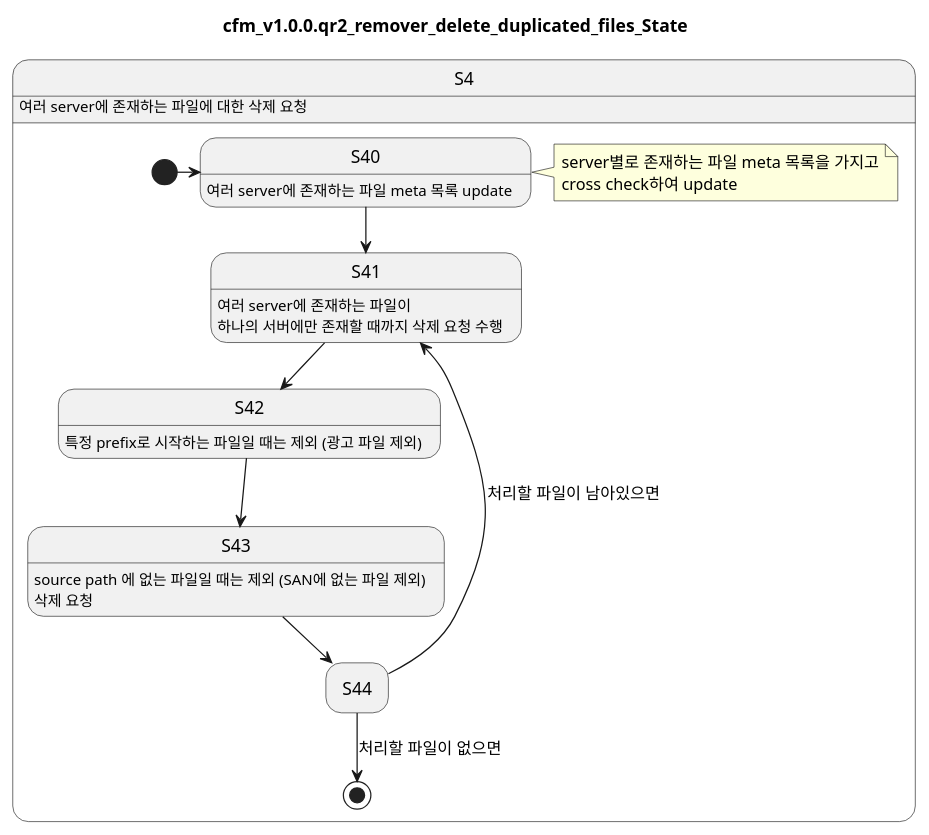
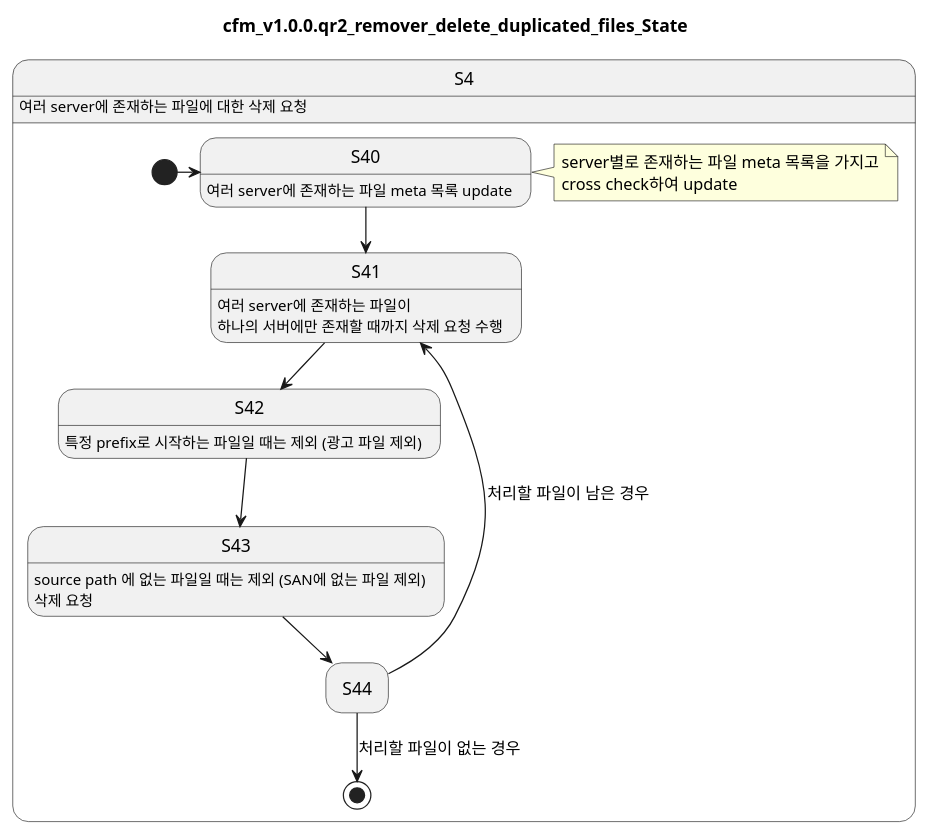
The fourth of 9 diagrams in doc/SEQUENCE.puml (castisdev/cfm), drawn with PlantUML before and after one commit. The commit also changed other lines of this file and 24 other files, not shown here.

```diff
--- a/doc/SEQUENCE.puml
+++ b/doc/SEQUENCE.puml
@@ -254,24 +223,25 @@
 @startuml
 title cfm_v1.0.0.qr2_remover_delete_duplicated_files_State
 hide empty description
 state S4 {
 S4 : 여러 server에 존재하는 파일에 대한 삭제 요청
-[*] -> S40
+
 S40 : 여러 server에 존재하는 파일 meta 목록 update
 note right
 	server별로 존재하는 파일 meta 목록을 가지고
 	cross check하여 update
 end note
+S41 : 여러 server에 존재하는 파일이\n하나의 서버에만 존재할 때까지 삭제 요청 수행
+S42 : 특정 prefix로 시작하는 파일일 때는 제외 (광고 파일 제외)
+S43 : source path 에 없는 파일일 때는 제외 (SAN에 없는 파일 제외)
+S43 : 삭제 요청
 
+[*] -> S40
 S40 --> S41
-S41 : 여러 server에 존재하는 파일이\n하나의 서버에만 존재할 때까지 삭제 요청 수행
 S41 --> S42
-S42 : 특정 prefix로 시작하는 파일일 때는 제외 (광고 파일 제외)
 S42 --> S43
-S43 : source path 에 없는 파일일 때는 제외 (SAN에 없는 파일 제외)
 S43 --> S44
-S43 : 삭제 요청
-S44 --> S41 : 처리할 파일이 남아있으면
-S44 --> [*] : 처리할 파일이 없으면
+S44 --> S41 : 처리할 파일이 남은 경우
+S44 --> [*] : 처리할 파일이 없는 경우
 }
 @enduml
```
